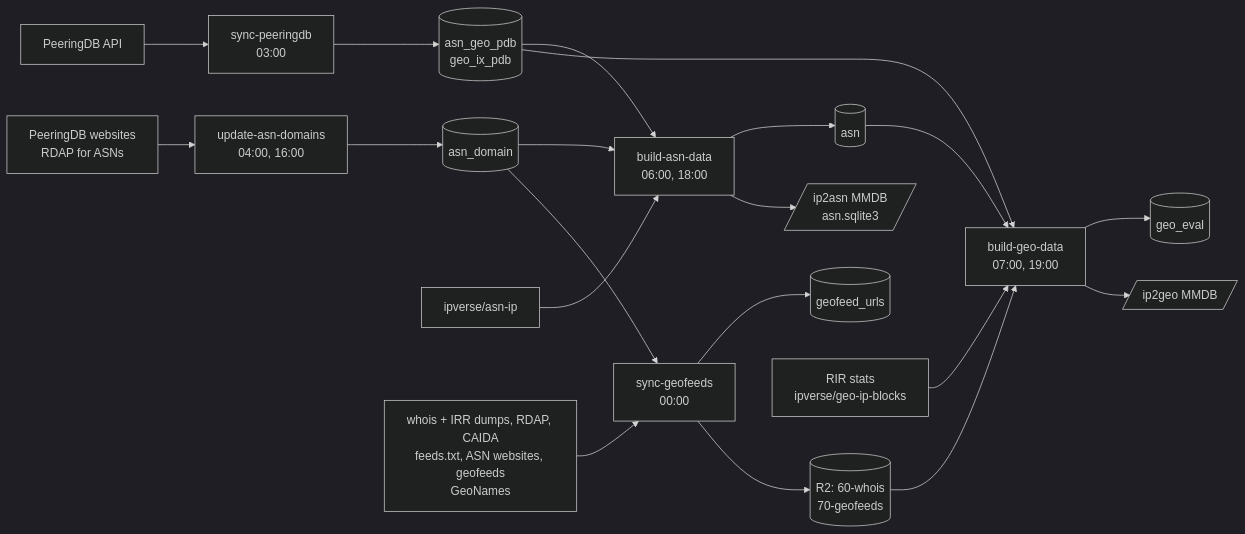
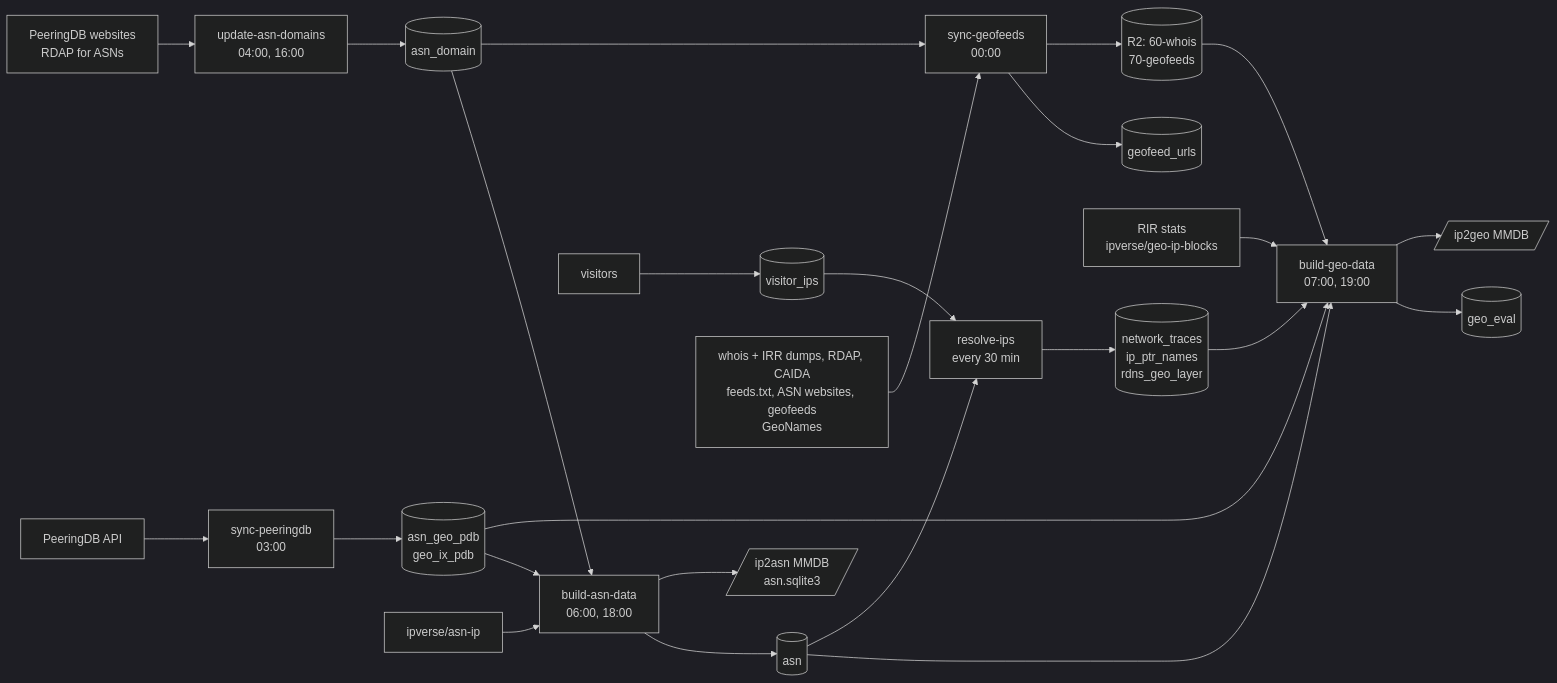
Before and after one commit to shingrus/openipdata.org: the diagram in docs/pipeline.md, drawn with Mermaid (dark theme). The commit also changed other lines of this file and 1 other file, not shown here.

Commit message:
resolve-ips: add limit to logs

````diff
--- a/docs/pipeline.md
+++ b/docs/pipeline.md
@@ -9,22 +9,27 @@
 ```mermaid
 flowchart LR
   pdbapi[PeeringDB API] --> pdb[sync-peeringdb<br/>03:00]
   pdb --> t_pdb[(asn_geo_pdb<br/>geo_ix_pdb)]
   rdapasn[PeeringDB websites<br/>RDAP for ASNs] --> dom[update-asn-domains<br/>04:00, 16:00]
   dom --> t_dom[(asn_domain)]
   asnip[ipverse/asn-ip] --> asn[build-asn-data<br/>06:00, 18:00]
   t_pdb --> asn
   t_dom --> asn
   asn --> t_asn[(asn)]
   asn --> pub_asn[/ip2asn MMDB<br/>asn.sqlite3/]
   whois[whois + IRR dumps, RDAP, CAIDA<br/>feeds.txt, ASN websites, geofeeds<br/>GeoNames] --> gf[sync-geofeeds<br/>00:00]
   t_dom --> gf
   gf --> t_gf[(geofeed_urls)]
   gf --> r2[(R2: 60-whois<br/>70-geofeeds)]
   rir[RIR stats<br/>ipverse/geo-ip-blocks] --> geo[build-geo-data<br/>07:00, 19:00]
   t_pdb --> geo
   t_asn --> geo
   r2 --> geo
   geo --> t_eval[(geo_eval)]
   geo --> pub_geo[/ip2geo MMDB/]
+  visitors[visitors] --> t_vis[(visitor_ips)]
+  t_vis --> rd[resolve-ips<br/>every 30 min]
+  t_asn --> rd
+  rd --> t_rd[(network_traces<br/>ip_ptr_names<br/>rdns_geo_layer)]
+  t_rd --> geo
 ```
````
